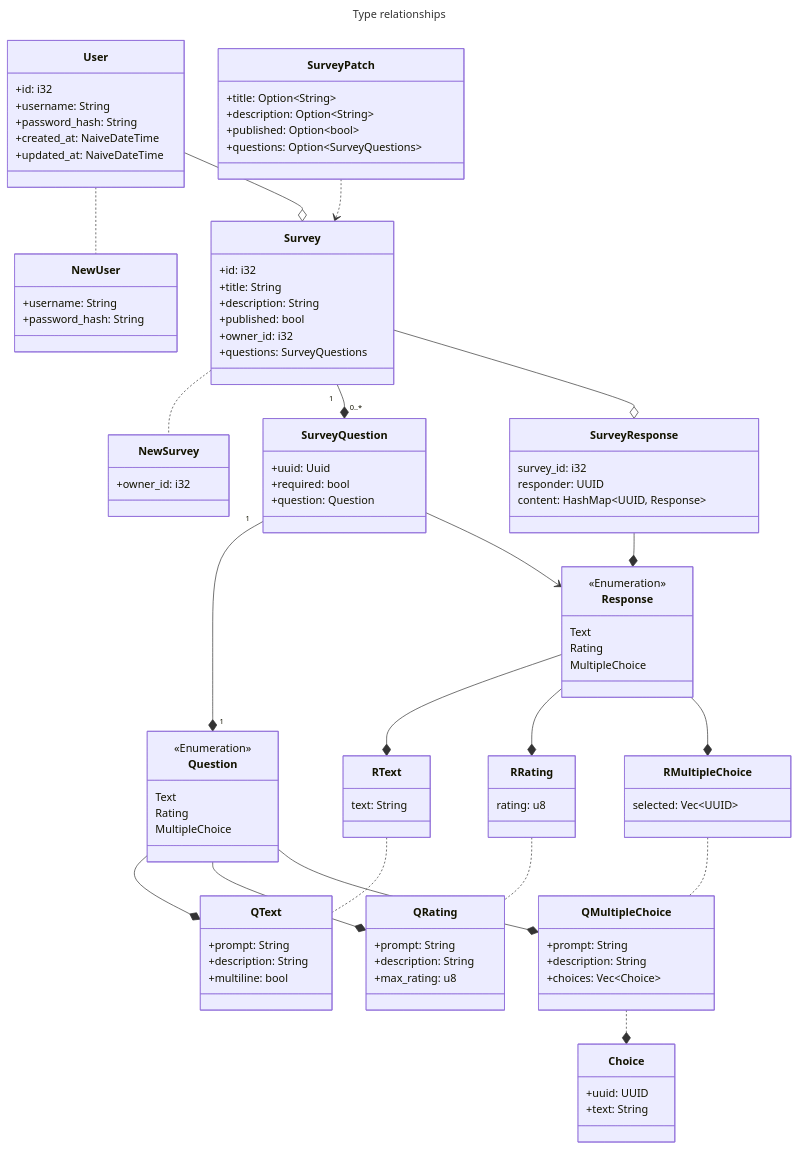
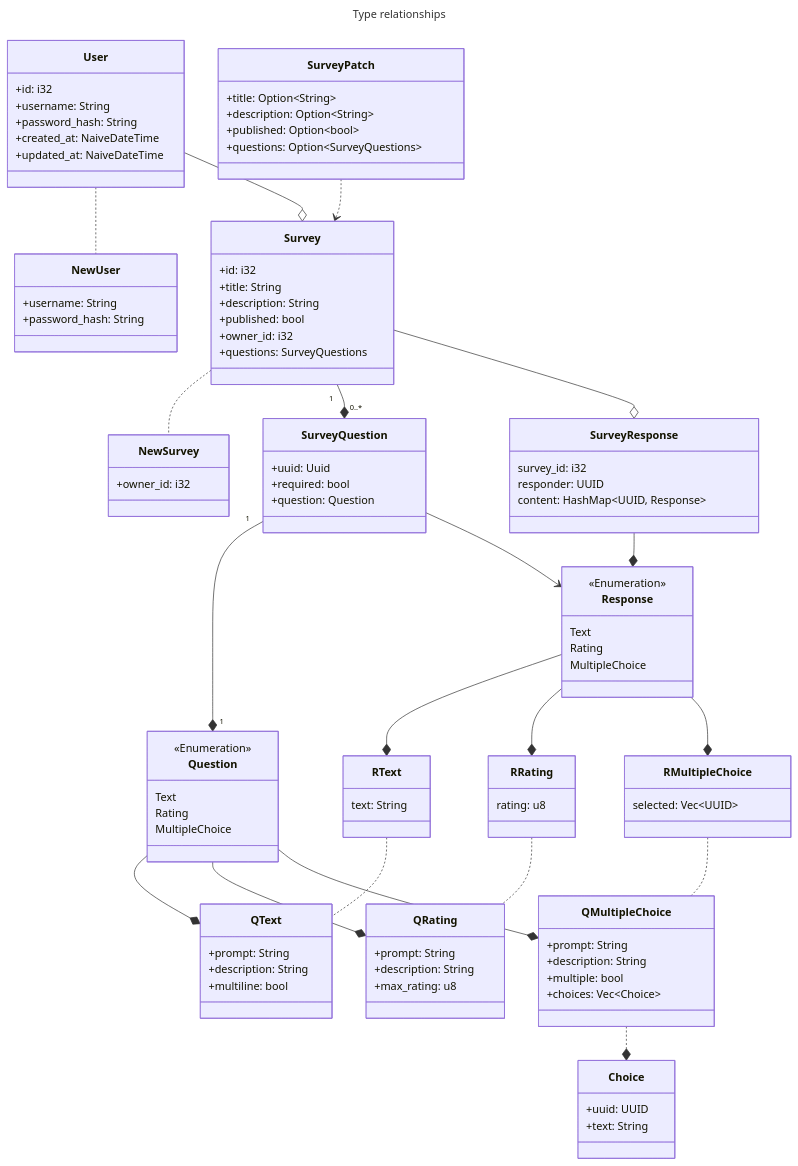
One commit to dyc3/d6-survey-service changed the third of 9 diagrams in docs/architecture.md. Above: the diagram before and after it, drawn with Mermaid. The commit also changed 1 other file, not shown here.

Commit message:
update QMultipleChoice type

```diff
--- a/docs/architecture.md
+++ b/docs/architecture.md
@@ -189,6 +189,7 @@
     class QMultipleChoice {
         +prompt: String
         +description: String
+        +multiple: bool
         +choices: Vec~Choice~
     }
 
```
